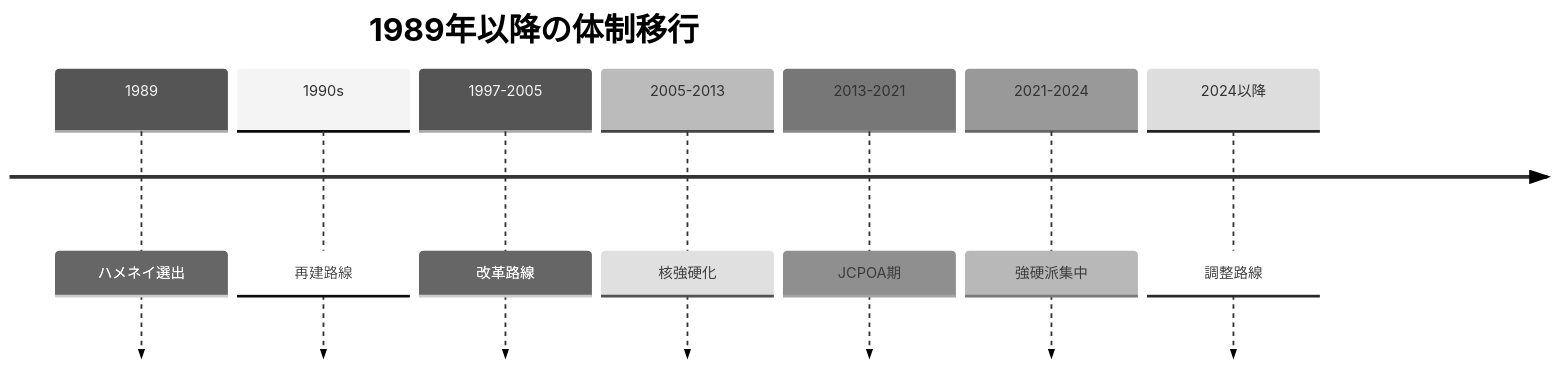
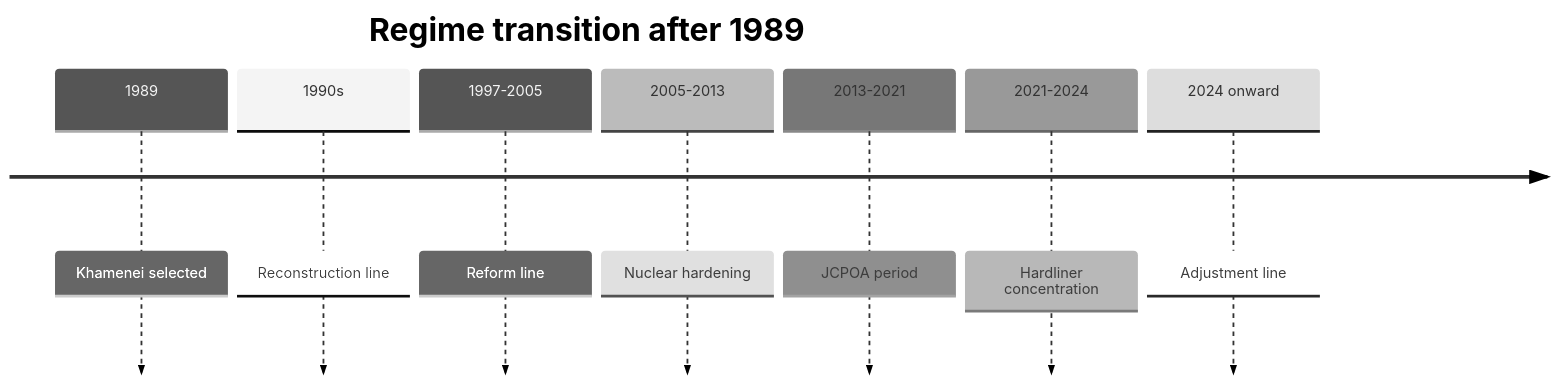
Before and after one commit to daylight55/research: the first of 3 diagrams in content/blog/en/khomeini-to-khamenei-transition.mdx, drawn with Mermaid (neutral theme). The commit also changed other lines of this file and 26 other files, not shown here.

Commit message:
Translate English Mermaid labels

````diff
--- a/content/blog/en/khomeini-to-khamenei-transition.mdx
+++ b/content/blog/en/khomeini-to-khamenei-transition.mdx
@@ -24,11 +24,11 @@
 ```mermaid
 timeline
-    title 1989年以降の体制移行
-    1989 : ハメネイ選出
-    1990s : 再建路線
-    1997-2005 : 改革路線
-    2005-2013 : 核強硬化
-    2013-2021 : JCPOA期
-    2021-2024 : 強硬派集中
-    2024以降 : 調整路線
+    title Regime transition after 1989
+    1989 : Khamenei selected
+    1990s : Reconstruction line
+    1997-2005 : Reform line
+    2005-2013 : Nuclear hardening
+    2013-2021 : JCPOA period
+    2021-2024 : Hardliner concentration
+    2024 onward : Adjustment line
 ```
````
